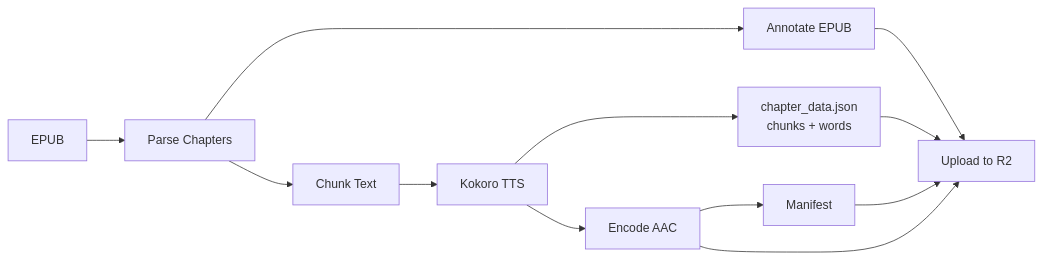
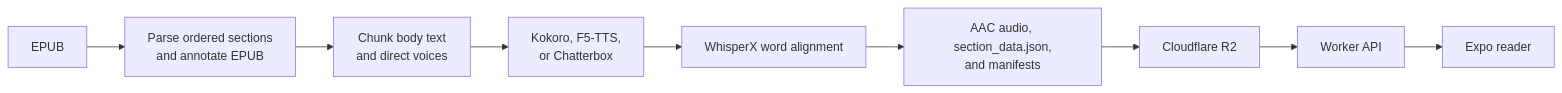
One commit to jkoeh/openshelf changed the diagram in README.md. Above: the diagram before and after it, drawn with Mermaid. The commit also changed other lines of this file and 34 other files, not shown here.

````diff
--- a/README.md
+++ b/README.md
@@ -44,14 +15,11 @@
 ```mermaid
-graph LR
-    A[EPUB] --> B[Parse Chapters]
-    B --> C[Annotate EPUB]
-    B --> D[Chunk Text]
-    D --> E[Kokoro TTS]
-    E --> F[Encode AAC]
-    E --> G[chapter_data.json<br/>chunks + words]
-    F --> H[Manifest]
-    C --> I[Upload to R2]
-    G --> I
-    H --> I
-    F --> I
+flowchart LR
+    EPUB --> Parse[Parse ordered sections<br/>and annotate EPUB]
+    Parse --> Chunk[Chunk body text<br/>and direct voices]
+    Chunk --> TTS[Kokoro, F5-TTS,<br/>or Chatterbox]
+    TTS --> Align[WhisperX word alignment]
+    Align --> Build[AAC audio, section_data.json,<br/>and manifests]
+    Build --> R2[Cloudflare R2]
+    R2 --> Worker[Worker API]
+    Worker --> Client[Expo reader]
 ```
````
